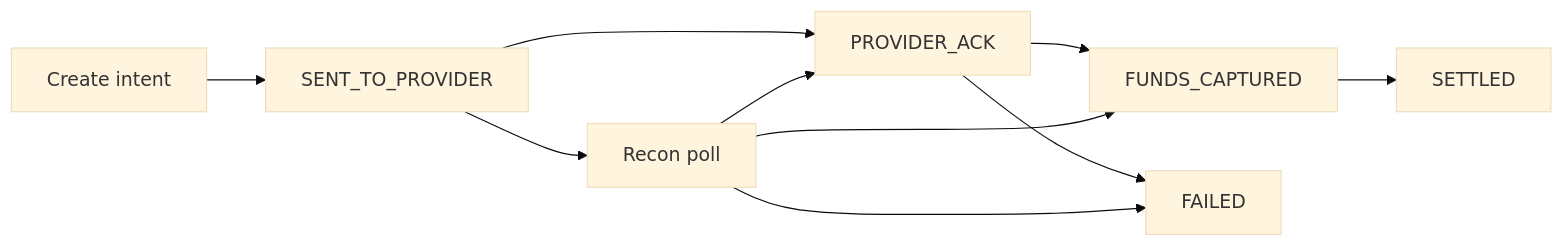
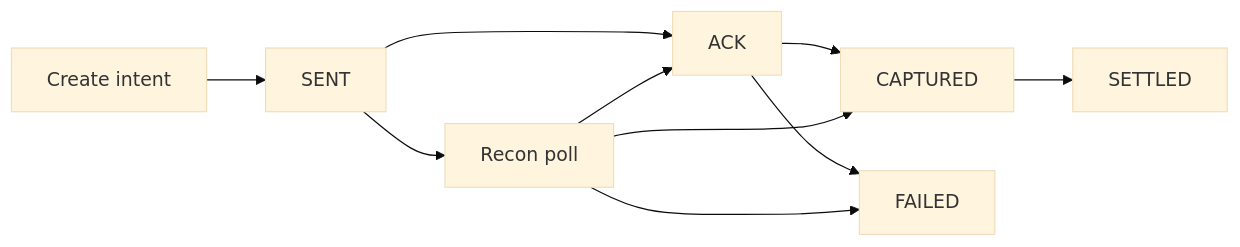
Before and after one commit to saifcores/saifcore-blog: the diagram in content/en/mobile-money-integration-patterns.mdx, drawn with Mermaid (base theme). The commit also changed other lines of this file and 1 other file, not shown here.

````diff
--- a/content/en/mobile-money-integration-patterns.mdx
+++ b/content/en/mobile-money-integration-patterns.mdx
@@ -34,12 +49,12 @@
 ```mermaid
 flowchart LR
-  Init["Create intent"] --> Sent["SENT_TO_PROVIDER"]
-  Sent --> Ack["PROVIDER_ACK"]
-  Ack --> Captured["FUNDS_CAPTURED"]
+  Init["Create intent"] --> Sent["SENT"]
+  Sent --> Ack["ACK"]
+  Ack --> Captured["CAPTURED"]
   Captured --> Settled["SETTLED"]
   Ack --> Failed["FAILED"]
   Sent --> Recon["Recon poll"]
   Recon --> Ack
   Recon --> Captured
   Recon --> Failed
 ```
````
